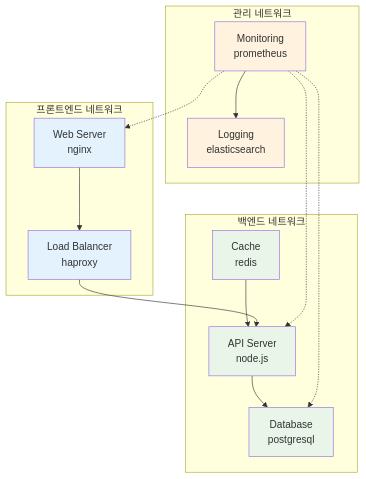
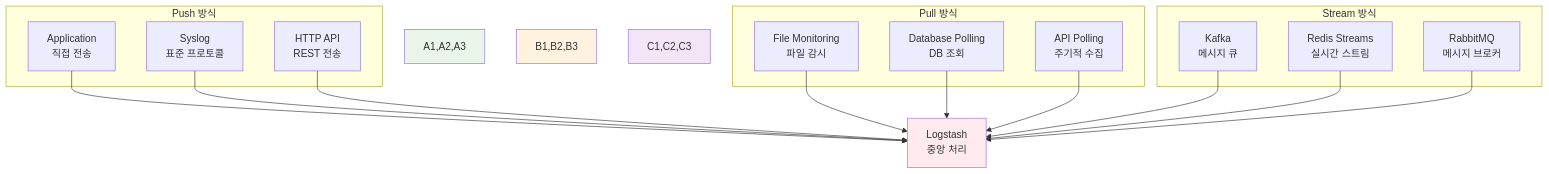
Before and after one commit to niceguy61/kdt_devops_lecture_2025: the third of 4 diagrams in theory/week_02/day3/session_2.md, drawn with Mermaid. The commit also changed other lines of this file and 70 other files, not shown here.

````diff
--- a/theory/week_02/day3/session_2.md
+++ b/theory/week_02/day3/session_2.md
@@ -111,28 +111,35 @@
 ```mermaid
 graph TB
-    subgraph "프론트엔드 네트워크"
-        A[Web Server<br/>nginx] --> B[Load Balancer<br/>haproxy]
+    subgraph "Push 방식"
+        A1[Application<br/>직접 전송]
+        A2[Syslog<br/>표준 프로토콜]
+        A3[HTTP API<br/>REST 전송]
     end
     
-    subgraph "백엔드 네트워크"
-        C[API Server<br/>node.js] --> D[Database<br/>postgresql]
-        E[Cache<br/>redis] --> C
+    subgraph "Pull 방식"
+        B1[File Monitoring<br/>파일 감시]
+        B2[Database Polling<br/>DB 조회]
+        B3[API Polling<br/>주기적 수집]
     end
     
-    subgraph "관리 네트워크"
-        F[Monitoring<br/>prometheus] --> G[Logging<br/>elasticsearch]
+    subgraph "Stream 방식"
+        C1[Kafka<br/>메시지 큐]
+        C2[Redis Streams<br/>실시간 스트림]
+        C3[RabbitMQ<br/>메시지 브로커]
     end
     
-    B --> C
-    F -.-> A
-    F -.-> C
-    F -.-> D
+    A1 --> D[Logstash<br/>중앙 처리]
+    A2 --> D
+    A3 --> D
+    B1 --> D
+    B2 --> D
+    B3 --> D
+    C1 --> D
+    C2 --> D
+    C3 --> D
     
-    style A fill:#e3f2fd
-    style B fill:#e3f2fd
-    style C fill:#e8f5e8
-    style D fill:#e8f5e8
-    style E fill:#e8f5e8
-    style F fill:#fff3e0
-    style G fill:#fff3e0
+    style A1,A2,A3 fill:#e8f5e8
+    style B1,B2,B3 fill:#fff3e0
+    style C1,C2,C3 fill:#f3e5f5
+    style D fill:#ffebee
 ```
````
